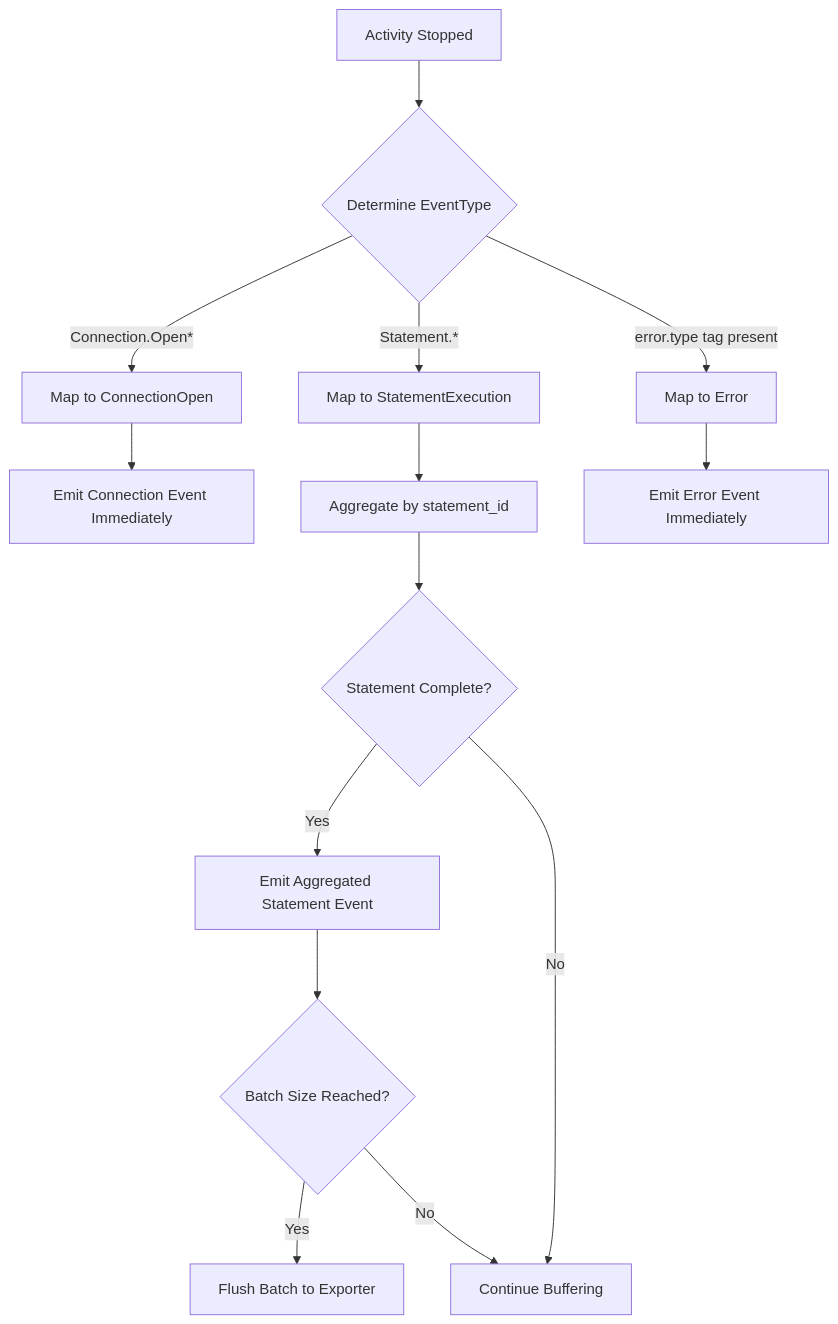
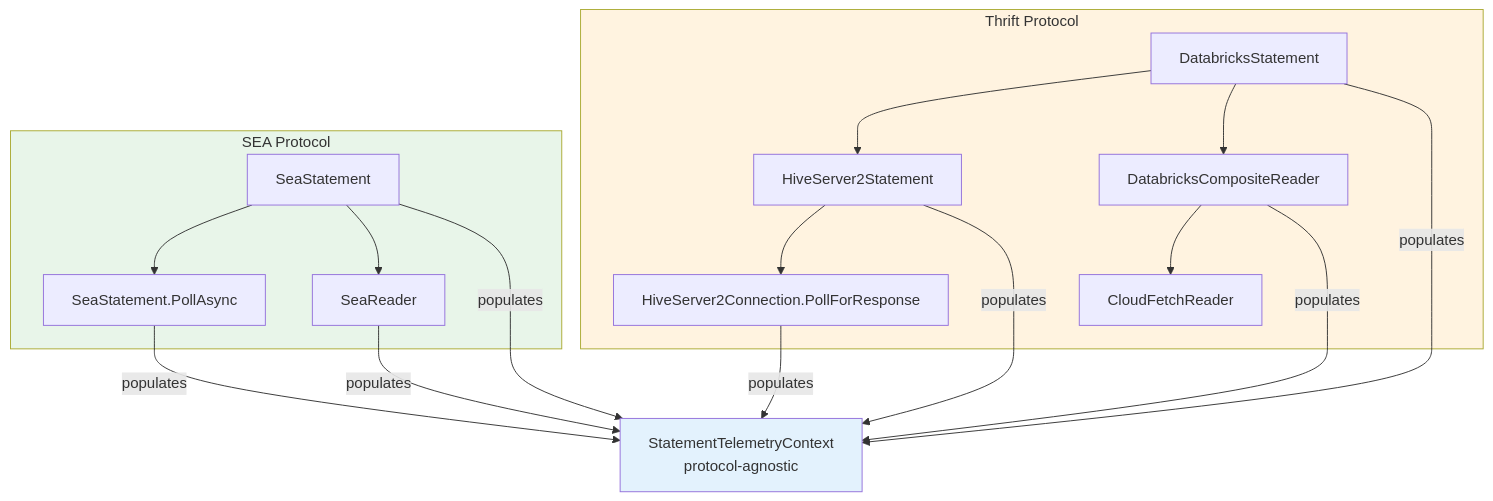
Diagram 13 of 18 in csharp/doc/telemetry-design.md (adbc-drivers/databricks), drawn with Mermaid before and after one commit. The commit also changed other lines of this file and 3 other files, not shown here.

````diff
--- a/csharp/doc/telemetry-design.md
+++ b/csharp/doc/telemetry-design.md
@@ -841,19 +1538,28 @@
 ```mermaid
-flowchart TD
-    A[Activity Stopped] --> B{Determine EventType}
-    B -->|Connection.Open*| C[Map to ConnectionOpen]
-    B -->|Statement.*| D[Map to StatementExecution]
-    B -->|error.type tag present| E[Map to Error]
+graph TD
+    subgraph Thrift["Thrift Protocol"]
+        TS[DatabricksStatement] --> HSS[HiveServer2Statement]
+        HSS --> HSC[HiveServer2Connection.PollForResponse]
+        TS --> TCR[DatabricksCompositeReader]
+        TCR --> CFR[CloudFetchReader]
+    end
 
-    C --> F[Emit Connection Event Immediately]
-    D --> G[Aggregate by statement_id]
-    E --> H[Emit Error Event Immediately]
+    subgraph SEA["SEA Protocol"]
+        SS[SeaStatement] --> SP[SeaStatement.PollAsync]
+        SS --> SR[SeaReader]
+    end
 
-    G --> I{Statement Complete?}
-    I -->|Yes| J[Emit Aggregated Statement Event]
-    I -->|No| K[Continue Buffering]
+    STC[StatementTelemetryContext<br/>protocol-agnostic]
 
-    J --> L{Batch Size Reached?}
-    L -->|Yes| M[Flush Batch to Exporter]
-    L -->|No| K
+    TS -->|populates| STC
+    HSS -->|populates| STC
+    HSC -->|populates| STC
+    TCR -->|populates| STC
+    SS -->|populates| STC
+    SP -->|populates| STC
+    SR -->|populates| STC
+
+    style STC fill:#e3f2fd
+    style Thrift fill:#fff3e0
+    style SEA fill:#e8f5e9
 ```
````
